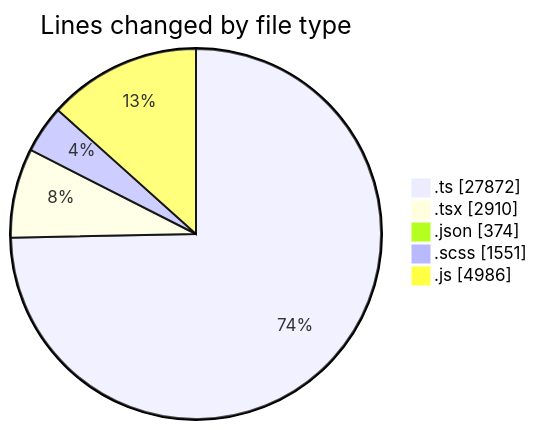
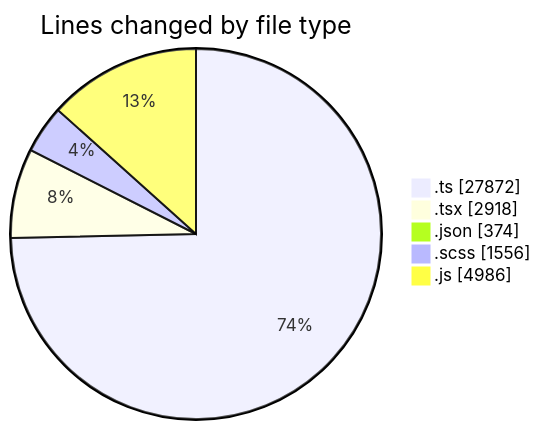
The first of 2 diagrams in 2026-05-07/cda/README.md (momahboobian/code-tracking), drawn with Mermaid before and after one commit. The commit also changed other lines of this file and 1 other file, not shown here.

````diff
--- a/2026-05-07/cda/README.md
+++ b/2026-05-07/cda/README.md
@@ -54,9 +54,9 @@
 ```mermaid
 pie showData
 title Lines changed by file type
 ".ts" : 27872
-".tsx" : 2910
+".tsx" : 2918
 ".json" : 374
-".scss" : 1551
+".scss" : 1556
 ".js" : 4986
 ```
````
